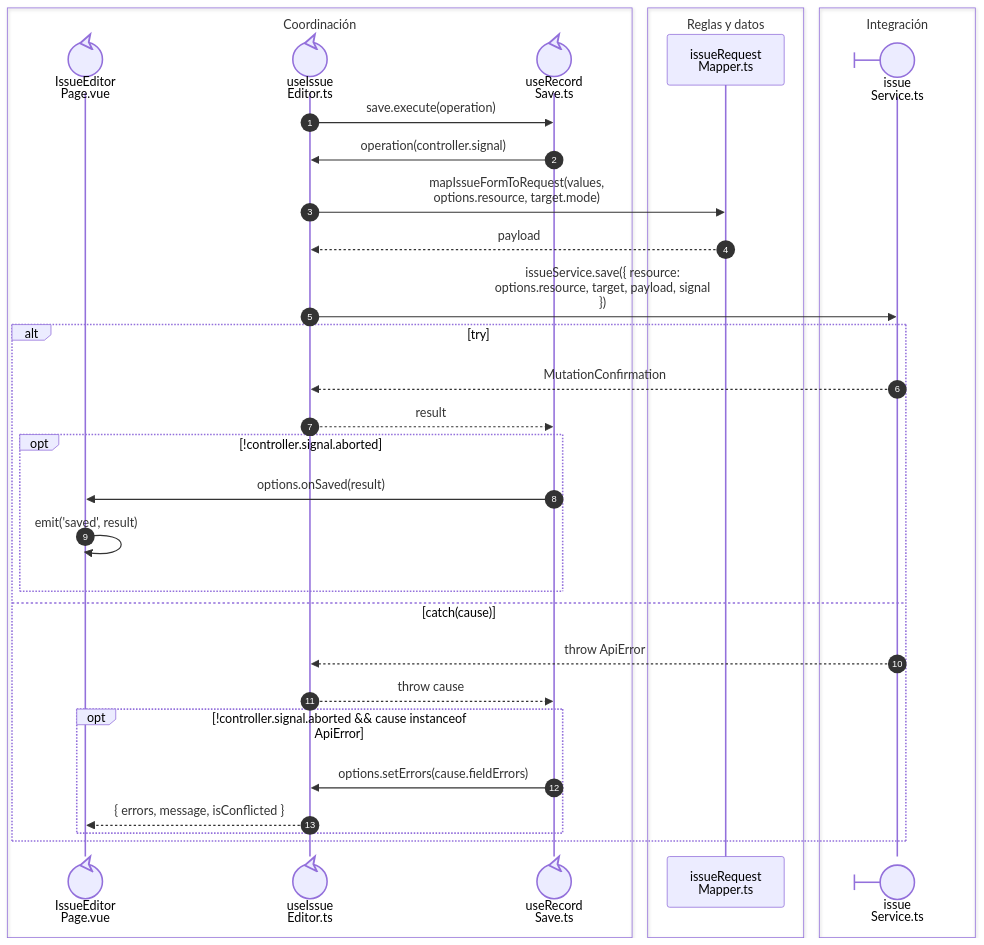
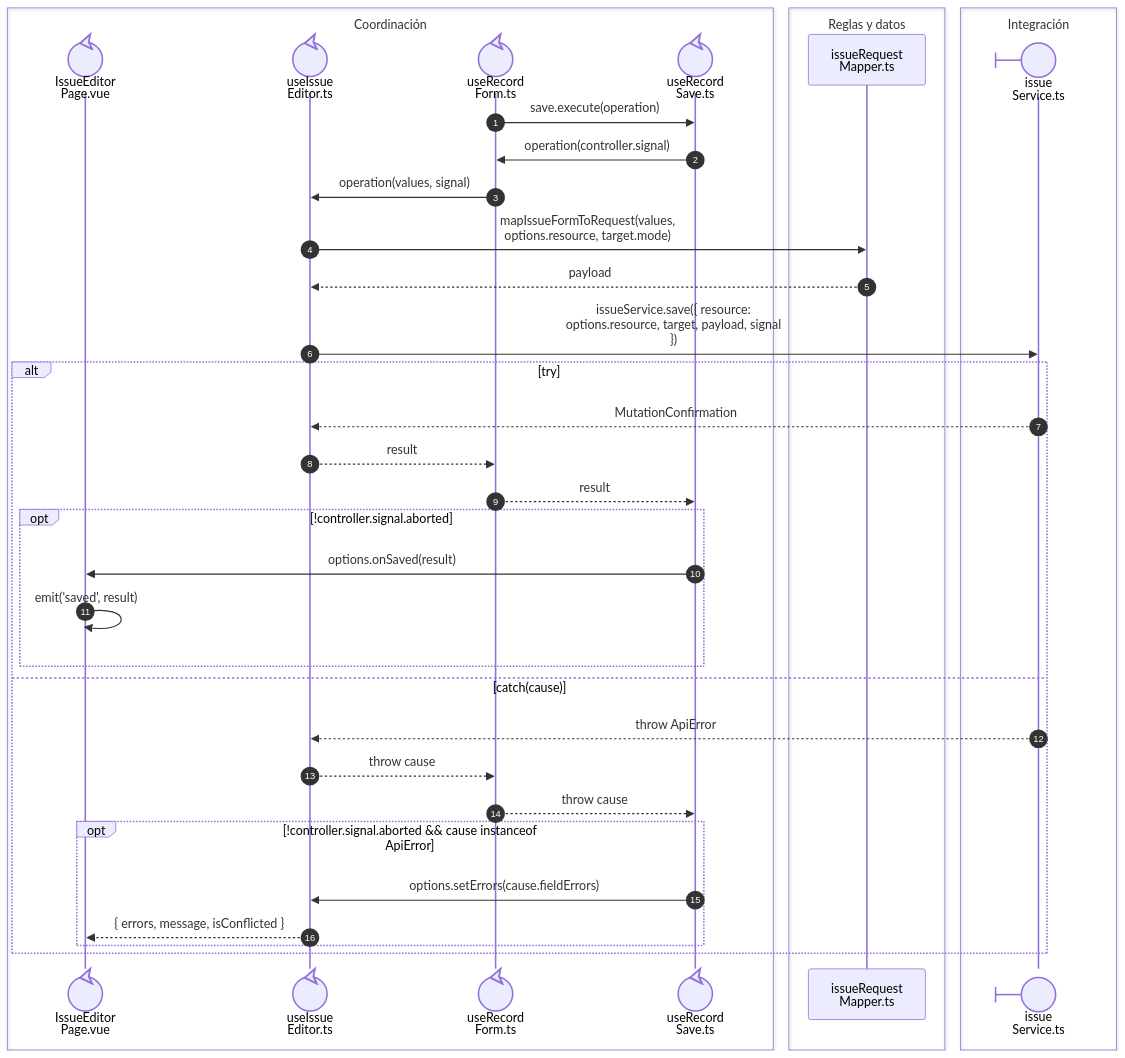
One commit to gpgsistemas01/nexus changed the second of 2 diagrams in front/docs/architecture/views/processes/07-issues/02-issue-supply.md. Above: the diagram before and after it, drawn with Mermaid. The commit also changed other lines of this file and 82 other files, not shown here.

````diff
--- a/front/docs/architecture/views/processes/07-issues/02-issue-supply.md
+++ b/front/docs/architecture/views/processes/07-issues/02-issue-supply.md
@@ -43,35 +44,39 @@
 ```mermaid
 sequenceDiagram
     autonumber
     box Coordinación
     participant Page@{ "type": "control" } as IssueEditor<br/>Page.vue
     participant Editor@{ "type": "control" } as useIssue<br/>Editor.ts
+    participant Record@{ "type": "control" } as useRecord<br/>Form.ts
     participant Save@{ "type": "control" } as useRecord<br/>Save.ts
     end
     box Reglas y datos
     participant Mapper as issueRequest<br/>Mapper.ts
     end
     box Integración
     participant Service@{ "type": "boundary" } as issue<br/>Service.ts
     end
-    Editor->>Save: nowrap: save.execute(operation)
-    Save->>Editor: nowrap: operation(controller.signal)
+    Record->>Save: nowrap: save.execute(operation)
+    Save->>Record: nowrap: operation(controller.signal)
+    Record->>Editor: nowrap: operation(values, signal)
     Editor->>Mapper: nowrap: mapIssueFormToRequest(values,<br/>options.resource, target.mode)
     Mapper-->>Editor: nowrap: payload
     Editor->>Service: nowrap: issueService.save({ resource:<br/>options.resource, target, payload, signal<br/>})
     alt nowrap: try
         Service-->>Editor: nowrap: MutationConfirmation
-        Editor-->>Save: nowrap: result
+        Editor-->>Record: nowrap: result
+        Record-->>Save: nowrap: result
         opt nowrap: !controller.signal.aborted
             Save->>Page: nowrap: options.onSaved(result)
             Page->>Page: nowrap: emit('saved', result)
         end
     else nowrap: catch(cause)
         Service-->>Editor: nowrap: throw ApiError
-        Editor-->>Save: nowrap: throw cause
+        Editor-->>Record: nowrap: throw cause
+        Record-->>Save: nowrap: throw cause
         opt nowrap: !controller.signal.aborted && cause instanceof<br/>ApiError
             Save->>Editor: nowrap: options.setErrors(cause.fieldErrors)
             Editor-->>Page: nowrap: { errors, message, isConflicted }
         end
     end
 ```
````
